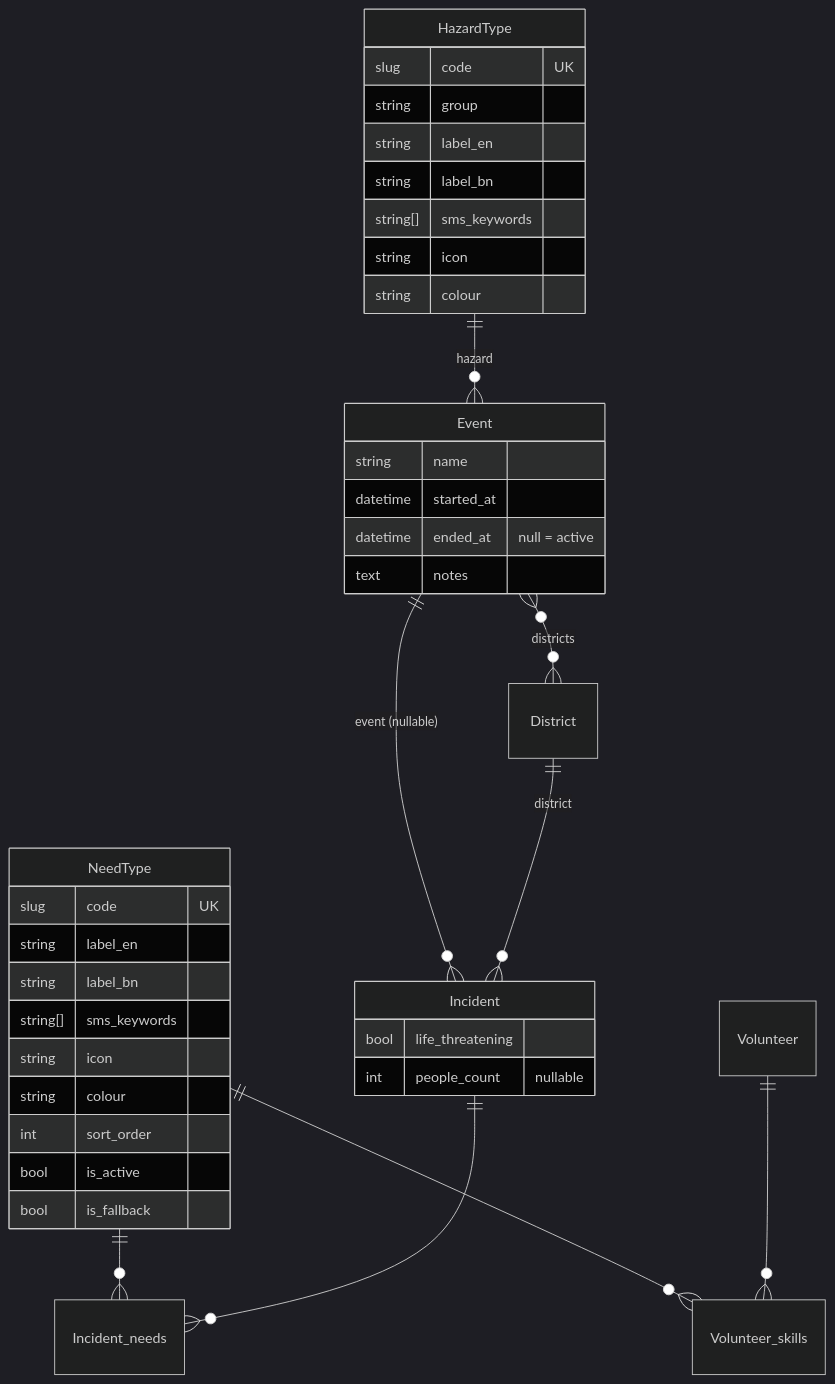
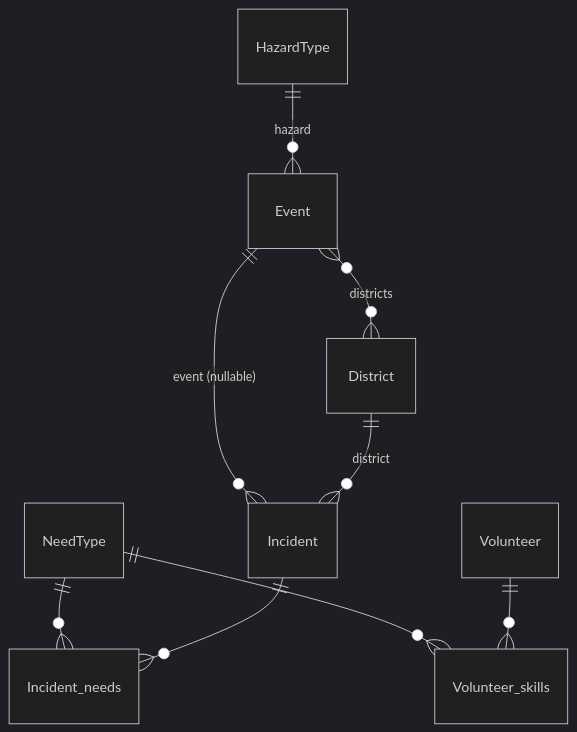
Before and after one commit to skfarhad/hazard_reporting_system: the second of 2 diagrams in agent-os/specs/2026-11-04-hazard-agnostic-incident-types/spec.md, drawn with Mermaid (dark theme). The commit also changed other lines of this file and 2 other files, not shown here.

Commit message:
chore(feature): plan hazard-agnostic-incident-types

````diff
--- a/agent-os/specs/2026-11-04-hazard-agnostic-incident-types/spec.md
+++ b/agent-os/specs/2026-11-04-hazard-agnostic-incident-types/spec.md
@@ -155,42 +194,11 @@
 ```mermaid
 erDiagram
     NeedType ||--o{ Incident_needs : ""
     Incident ||--o{ Incident_needs : ""
     NeedType ||--o{ Volunteer_skills : ""
     Volunteer ||--o{ Volunteer_skills : ""
     HazardType ||--o{ Event : "hazard"
     Event ||--o{ Incident : "event (nullable)"
     Event }o--o{ District : "districts"
     District ||--o{ Incident : "district"
-
-    NeedType {
-        slug code UK
-        string label_en
-        string label_bn
-        string[] sms_keywords
-        string icon
-        string colour
-        int sort_order
-        bool is_active
-        bool is_fallback
-    }
-    HazardType {
-        slug code UK
-        string group
-        string label_en
-        string label_bn
-        string[] sms_keywords
-        string icon
-        string colour
-    }
-    Event {
-        string name
-        datetime started_at
-        datetime ended_at "null = active"
-        text notes
-    }
-    Incident {
-        bool life_threatening
-        int people_count "nullable"
-    }
 ```
````
